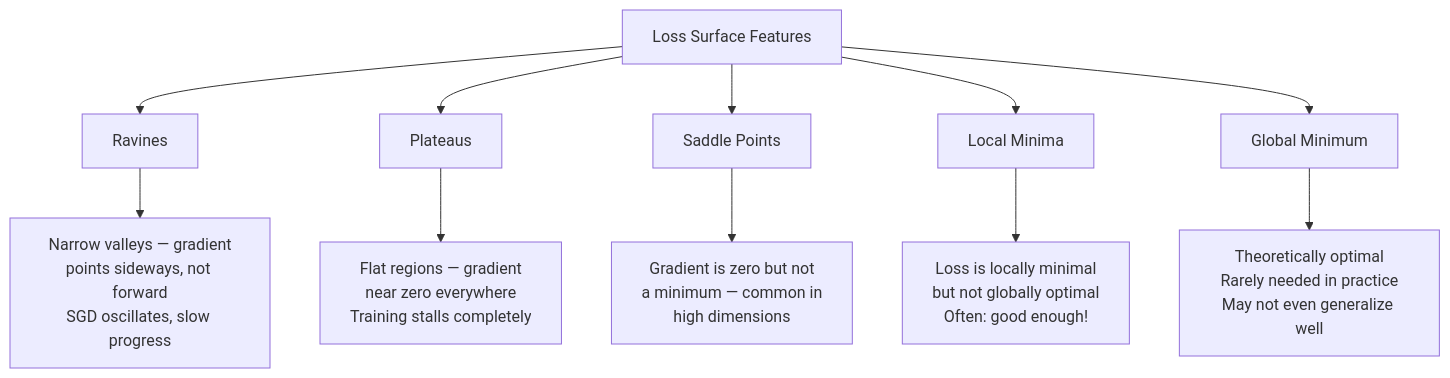
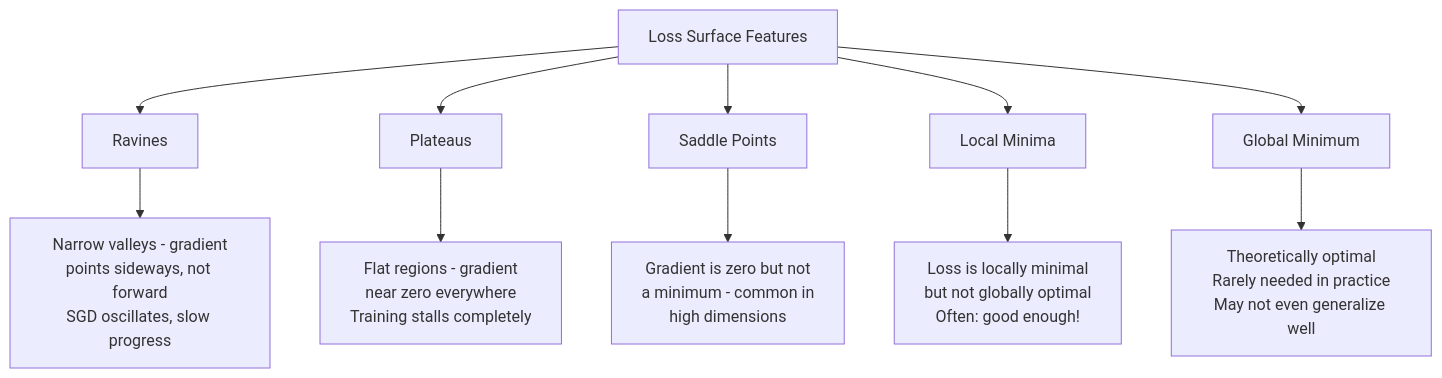
Before and after one commit to Sachinchaurasiya360/Article: the first of 4 diagrams in Machine-Learning/ml-deep-dive-part-12.md, drawn with Mermaid. The commit also changed other lines of this file and 81 other files, not shown here.

````diff
--- a/Machine-Learning/ml-deep-dive-part-12.md
+++ b/Machine-Learning/ml-deep-dive-part-12.md
@@ -45,14 +45,14 @@
 ```mermaid
 graph TD
     A[Loss Surface Features] --> B[Ravines]
     A --> C[Plateaus]
     A --> D[Saddle Points]
     A --> E[Local Minima]
     A --> F[Global Minimum]
 
-    B --> B1["Narrow valleys — gradient\npoints sideways, not forward\nSGD oscillates, slow progress"]
-    C --> C1["Flat regions — gradient\nnear zero everywhere\nTraining stalls completely"]
-    D --> D1["Gradient is zero but not\na minimum — common in\nhigh dimensions"]
+    B --> B1["Narrow valleys - gradient\npoints sideways, not forward\nSGD oscillates, slow progress"]
+    C --> C1["Flat regions - gradient\nnear zero everywhere\nTraining stalls completely"]
+    D --> D1["Gradient is zero but not\na minimum - common in\nhigh dimensions"]
     E --> E1["Loss is locally minimal\nbut not globally optimal\nOften: good enough!"]
     F --> F1["Theoretically optimal\nRarely needed in practice\nMay not even generalize well"]
 ```
````
